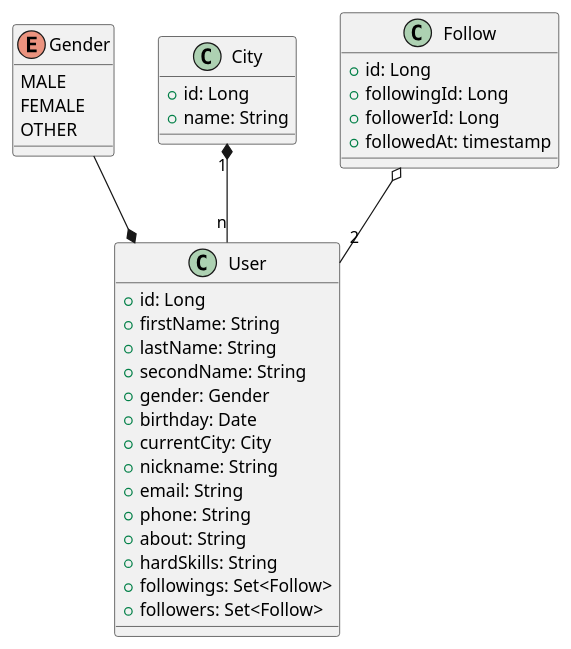
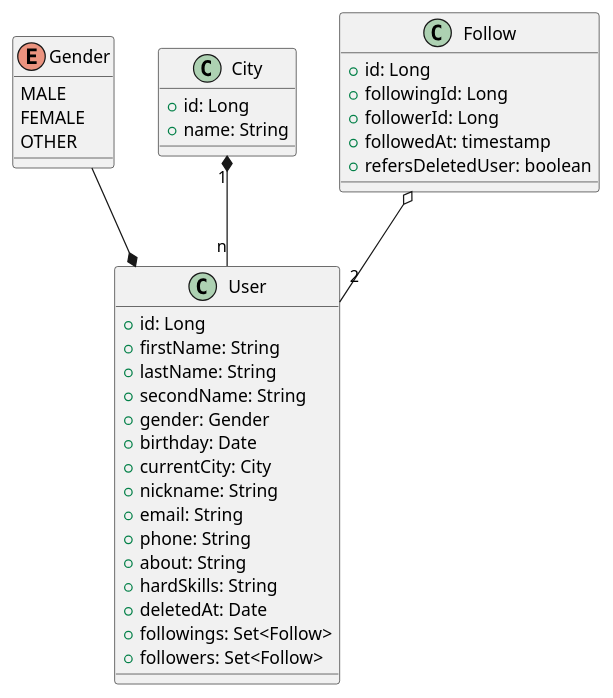
Before and after one commit to iourilitv/microservices: the diagram in users/docs/Users.puml, drawn with PlantUML.

Commit message:
Updated Users.puml: - added refersDeletedUser field in Follow; - added deletedAt field in User.

```diff
--- a/users/docs/Users.puml
+++ b/users/docs/Users.puml
@@ -1,41 +1,43 @@
 @startuml
 enum Gender {
     MALE
     FEMALE
     OTHER
 }
 
 class City {
     +id: Long
     +name: String
 }
 
 class User {
     +id: Long
     +firstName: String
     +lastName: String
     +secondName: String
     +gender: Gender
     +birthday: Date
     +currentCity: City
     +nickname: String
     +email: String
     +phone: String
     +about: String
     +hardSkills: String
+    +deletedAt: Date
     +followings: Set<Follow>
     +followers: Set<Follow>
 }
 
 class Follow {
     +id: Long
     +followingId: Long
     +followerId: Long
     +followedAt: timestamp
+    +refersDeletedUser: boolean
 }
 
 City "1" *-- "n" User
 Gender --* User
 Follow o-- "2" User
 
 @enduml
```
